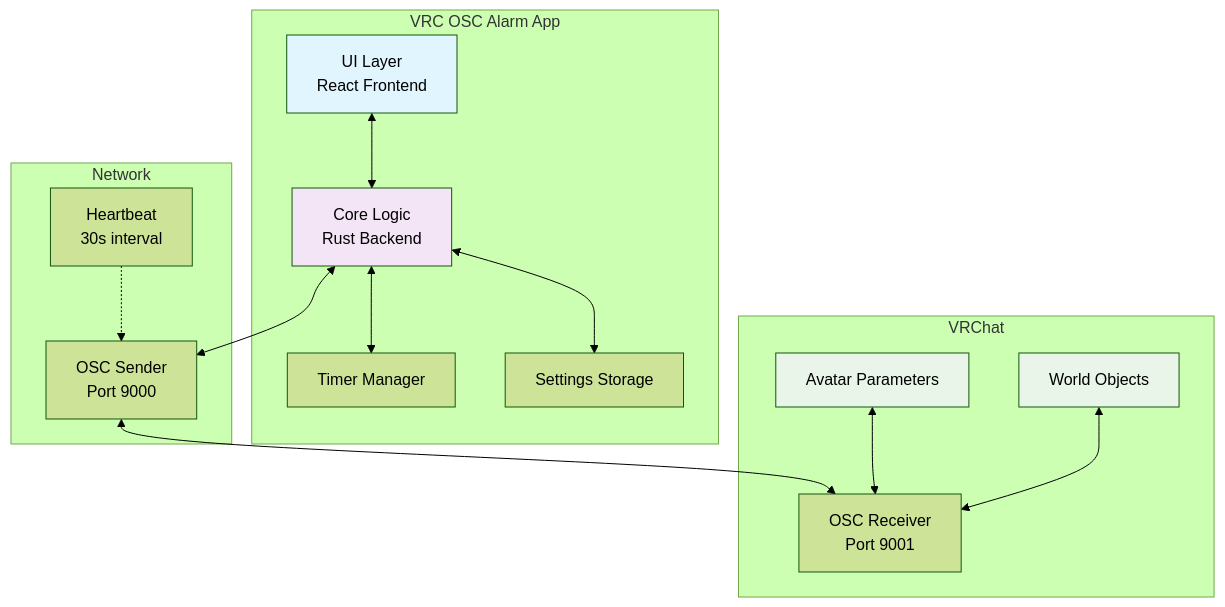
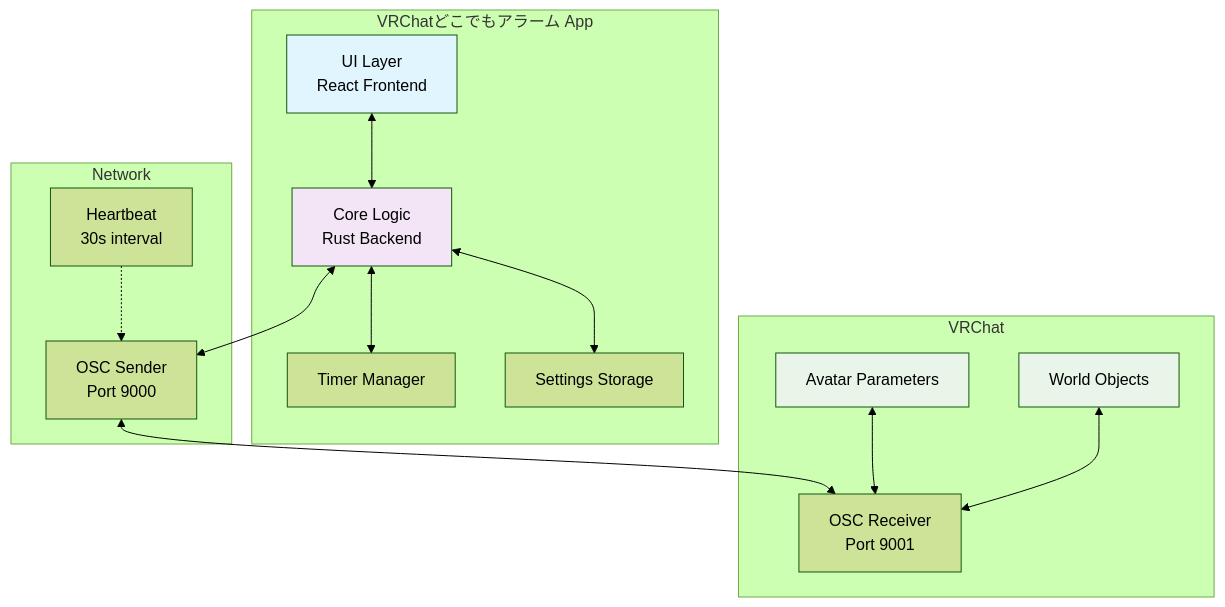
One commit to S-Akagi/VRC-OSC-Alarm changed the first of 3 diagrams in README.md. Above: the diagram before and after it, drawn with Mermaid (forest theme). The commit also changed other lines of this file and 6 other files, not shown here.

````diff
--- a/README.md
+++ b/README.md
@@ -56,35 +56,35 @@
 ```mermaid
 graph TB
-    subgraph "VRC OSC Alarm App"
+    subgraph "VRChatどこでもアラーム App"
         UI[UI Layer<br/>React Frontend]
         Core[Core Logic<br/>Rust Backend]
         Timer[Timer Manager]
         Config[Settings Storage]
     end
     
     subgraph "VRChat"
         Avatar[Avatar Parameters]
         World[World Objects]
         OSC_VRC[OSC Receiver<br/>Port 9001]
     end
     
     subgraph "Network"
         OSC_OUT[OSC Sender<br/>Port 9000]
         HB[Heartbeat<br/>30s interval]
     end
     
     UI <--> Core
     Core <--> Timer
     Core <--> Config
     Core <--> OSC_OUT
     OSC_OUT <--> OSC_VRC
     Avatar <--> OSC_VRC
     World <--> OSC_VRC
     
     HB -.-> OSC_OUT
     
     style UI fill:#e1f5fe
     style Core fill:#f3e5f5
     style Avatar fill:#e8f5e8
     style World fill:#e8f5e8
 ```
````
